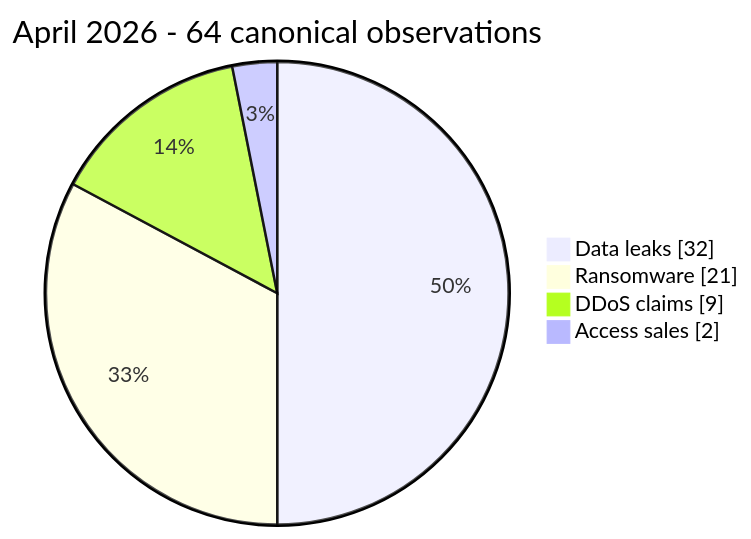
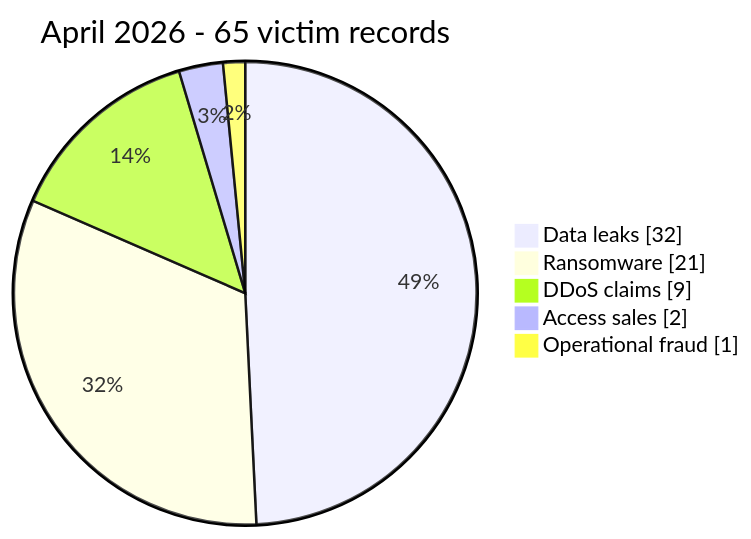
Before and after one commit to Hatchepsoute/AFRINTEL: the first of 2 diagrams in CyberAttackAfrica/2026/04-april/README.md, drawn with Mermaid. The commit also changed other lines of this file and 98 other files, not shown here.

````diff
--- a/CyberAttackAfrica/2026/04-april/README.md
+++ b/CyberAttackAfrica/2026/04-april/README.md
@@ -80,8 +81,9 @@
 ```mermaid
 pie showData
-    title April 2026 - 64 canonical observations
+    title April 2026 - 65 victim records
     "Data leaks" : 32
     "Ransomware" : 21
     "DDoS claims" : 9
     "Access sales" : 2
+    "Operational fraud" : 1
 ```
````
